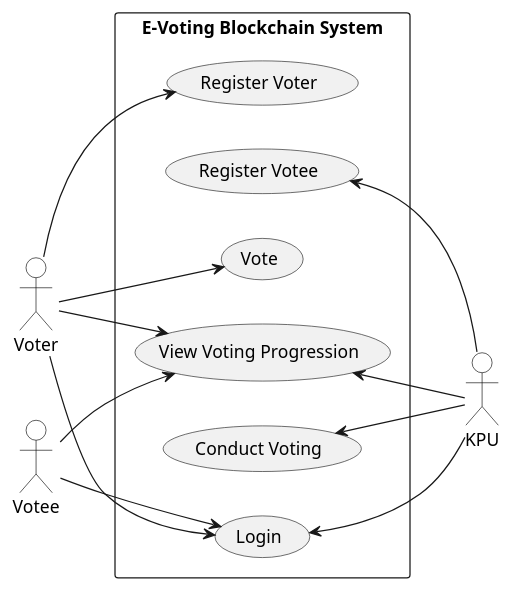
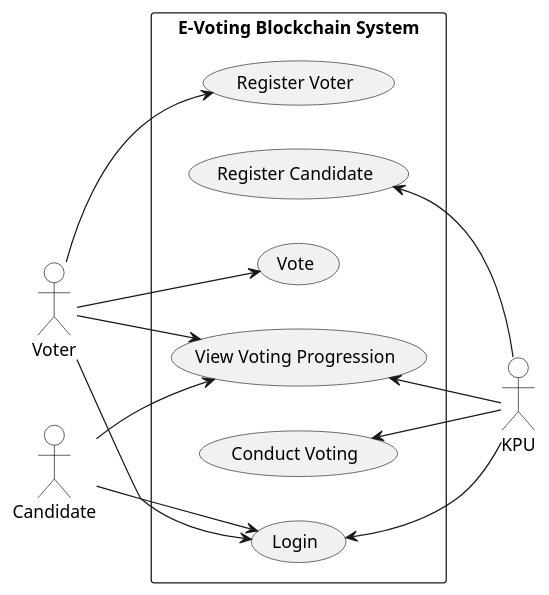
Before and after one commit to IF5200-Class1-Team4/E-Voting: the diagram in Diagram/use case.puml, drawn with PlantUML. The commit also changed 6 other files, not shown here.

Commit message:
Update UML

```diff
--- a/Diagram/use case.puml
+++ b/Diagram/use case.puml
@@ -1,33 +1,33 @@
 @startuml use case diagram
 
 left to right direction
 skinparam actor {
   BackgroundColor White
   BorderColor Black
 }
 
 actor Voter
-actor Votee
+actor Candidate
 actor KPU
 
 rectangle "E-Voting Blockchain System"{
 usecase "Register Voter" as UC1
-usecase "Register Votee" as UC2
+usecase "Register Candidate" as UC2
 usecase "Login" as UC3
 usecase "Vote" as UC4
 usecase "Conduct Voting" as UC5
 usecase "View Voting Progression" as UC6
 }
 
 Voter --> UC1
 UC2 <-- KPU
 Voter --> UC3
-Votee --> UC3
+Candidate --> UC3
 UC3 <-- KPU
 Voter --> UC4
 UC5 <-- KPU
 Voter --> UC6
-Votee --> UC6
+Candidate --> UC6
 UC6 <-- KPU
 
 @enduml
```
